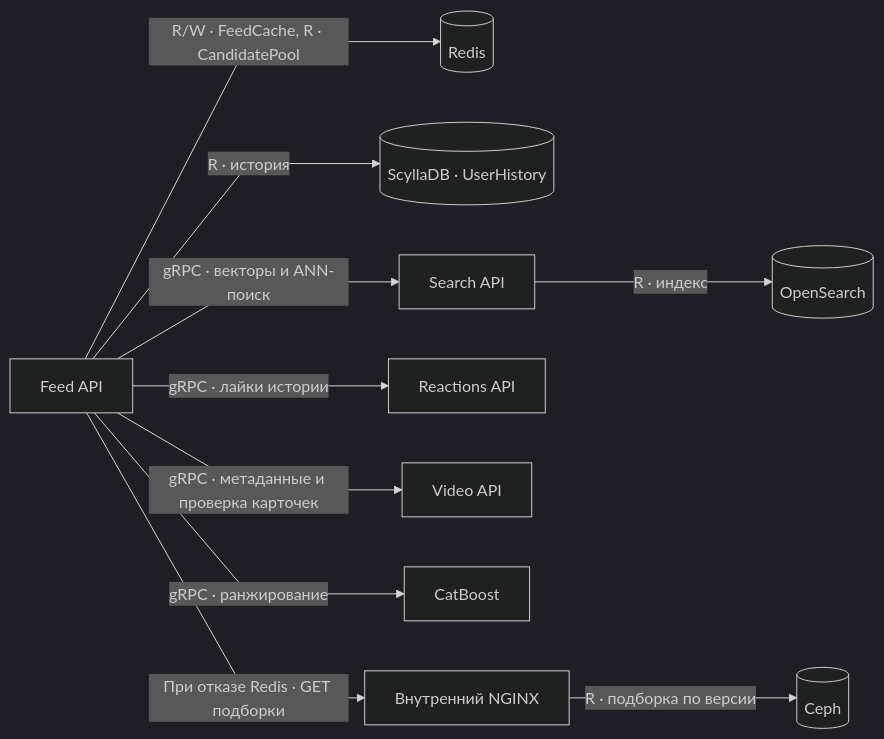
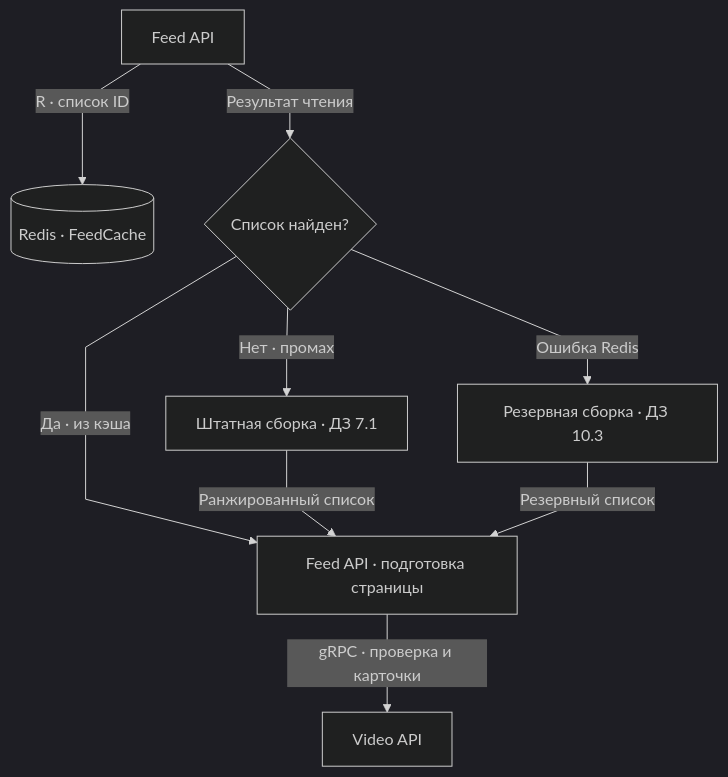
The ninth of 15 diagrams in README.md (pavel-ladygin/highload_tp), drawn with Mermaid (dark theme) before and after one commit. The commit also changed other lines of this file, not shown here.

````diff
--- a/README.md
+++ b/README.md
@@ -871,13 +871,12 @@
 ```mermaid
-%%{init: {"flowchart": {"curve": "linear", "rankSpacing": 32}}}%%
-flowchart LR
-    A["Feed API"] -->|"R/W · FeedCache, R · CandidatePool"| R[("Redis")]
-    A -->|"R · история"| H[("ScyllaDB · UserHistory")]
-    A -->|"gRPC · векторы и ANN-поиск"| S["Search API"]
-    S -->|"R · индекс"| O[("OpenSearch")]
-    A -->|"gRPC · лайки истории"| L["Reactions API"]
-    A -->|"gRPC · метаданные и проверка карточек"| V["Video API"]
-    A -->|"gRPC · ранжирование"| C["CatBoost"]
-    A -->|"При отказе Redis · GET подборки"| N["Внутренний NGINX"]
-    N -->|"R · подборка по версии"| B[("Ceph")]
+%%{init: {"flowchart": {"curve": "linear"}}}%%
+flowchart TB
+    A["Feed API"] -->|"R · список ID"| R[("Redis · FeedCache")]
+    A -->|"Результат чтения"| H{"Список найден?"}
+    H -->|"Да · из кэша"| P["Feed API · подготовка страницы"]
+    H -->|"Нет · промах"| G["Штатная сборка · ДЗ 7.1"]
+    H -->|"Ошибка Redis"| B["Резервная сборка · ДЗ 10.3"]
+    G -->|"Ранжированный список"| P
+    B -->|"Резервный список"| P
+    P -->|"gRPC · проверка и карточки"| V["Video API"]
 ```
````
